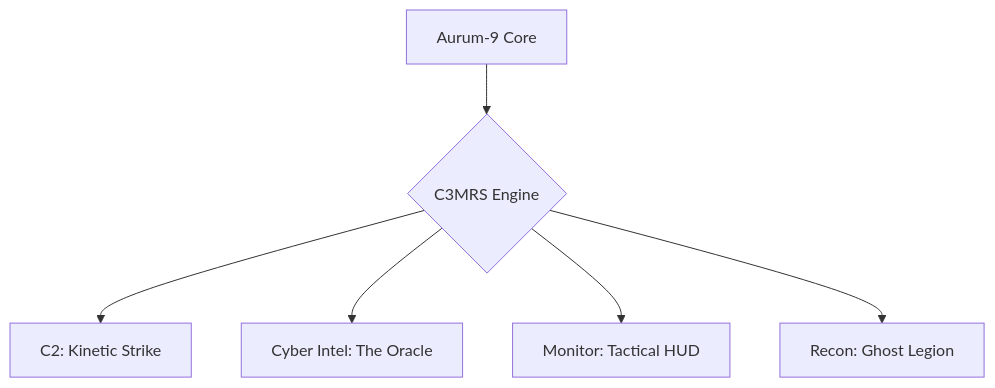
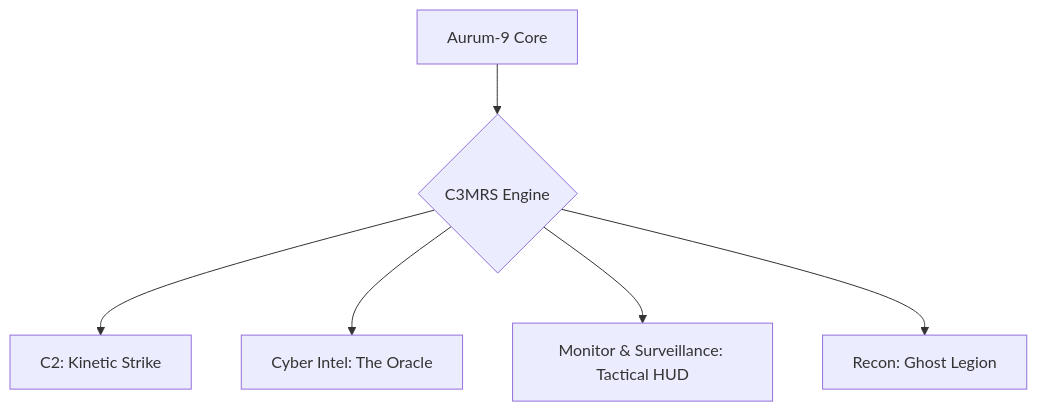
The diagram in README.md (Dsosnac-TEC-Enterprise/Aurum-9), drawn with Mermaid before and after one commit.

````diff
--- a/README.md
+++ b/README.md
@@ -20,8 +20,8 @@
 ```mermaid
 graph TD
     A[Aurum-9 Core] --> B{C3MRS Engine}
     B --> C[C2: Kinetic Strike]
     B --> D[Cyber Intel: The Oracle]
-    B --> E[Monitor: Tactical HUD]
+    B --> E[Monitor & Surveillance: Tactical HUD]
     B --> F[Recon: Ghost Legion]
 ```
````
